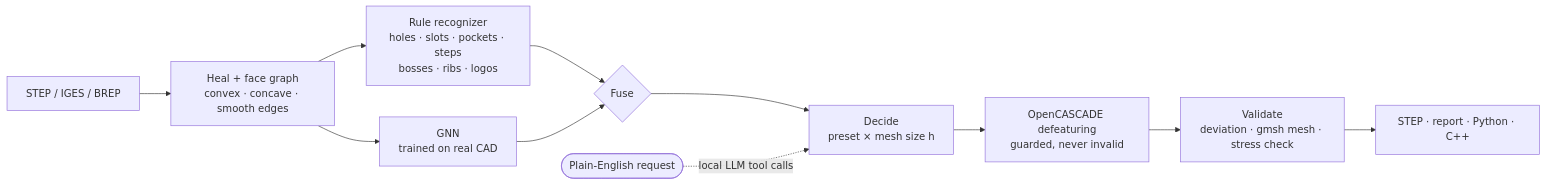
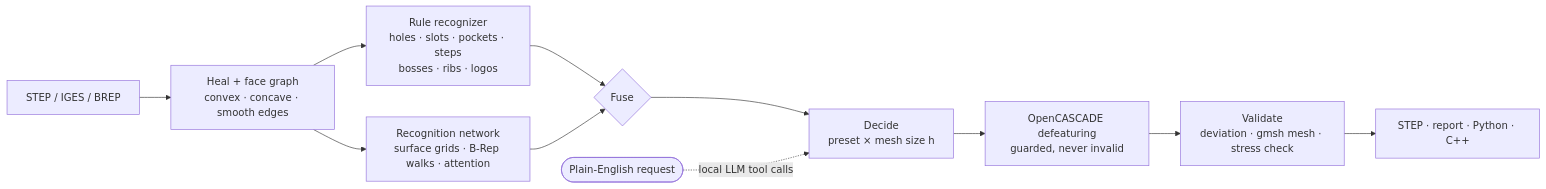
Before and after one commit to Harishik/defeat-cad: the diagram in README.md, drawn with Mermaid. The commit also changed other lines of this file and 106 other files, not shown here.

````diff
--- a/README.md
+++ b/README.md
@@ -65,13 +65,13 @@
 ```mermaid
 flowchart LR
     A[STEP / IGES / BREP] --> B[Heal + face graph<br/>convex · concave · smooth edges]
     B --> C[Rule recognizer<br/>holes · slots · pockets · steps<br/>bosses · ribs · logos]
-    B --> D[GNN<br/>trained on real CAD]
+    B --> D[Recognition network<br/>surface grids · B-Rep walks · attention]
     C --> E{Fuse}
     D --> E
     E --> F[Decide<br/>preset × mesh size h]
     F --> G[OpenCASCADE defeaturing<br/>guarded, never invalid]
     G --> H[Validate<br/>deviation · gmsh mesh · stress check]
     H --> I[STEP · report · Python · C++]
     J([Plain-English request]) -. local LLM tool calls .-> F
 ```
````
